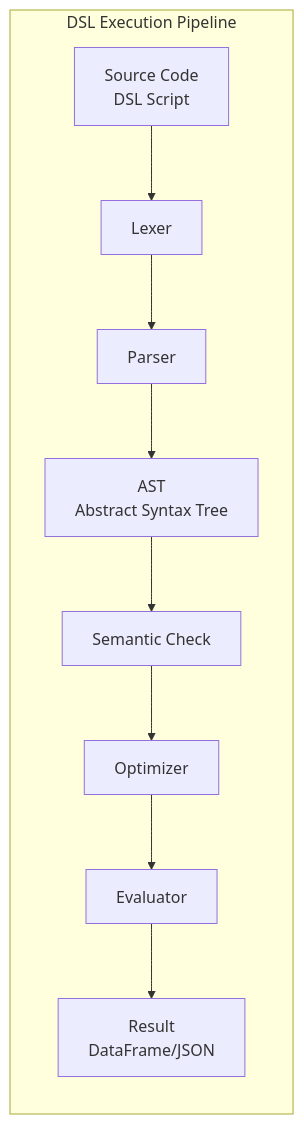
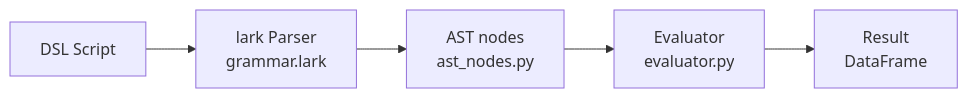
Diagram 14 of 23 in DESIGN.md (RESBI/StockStatistic), drawn with Mermaid before and after one commit. The commit also changed other lines of this file and 12 other files, not shown here.

````diff
--- a/DESIGN.md
+++ b/DESIGN.md
@@ -936,12 +976,7 @@
 ```mermaid
 graph LR
-    subgraph "DSL Execution Pipeline"
-        SRC["Source Code<br/>DSL Script"] --> LEX[Lexer]
-        LEX --> PAR[Parser]
-        PAR --> AST2["AST<br/>Abstract Syntax Tree"]
-        AST2 --> SEM[Semantic Check]
-        SEM --> OPT[Optimizer]
-        OPT --> EXE[Evaluator]
-        EXE --> RES["Result<br/>DataFrame/JSON"]
-    end
+    SRC["DSL Script"] --> LEX["lark Parser<br/>grammar.lark"]
+    LEX --> AST["AST nodes<br/>ast_nodes.py"]
+    AST --> EXE["Evaluator<br/>evaluator.py"]
+    EXE --> RES["Result<br/>DataFrame"]
 ```
````
